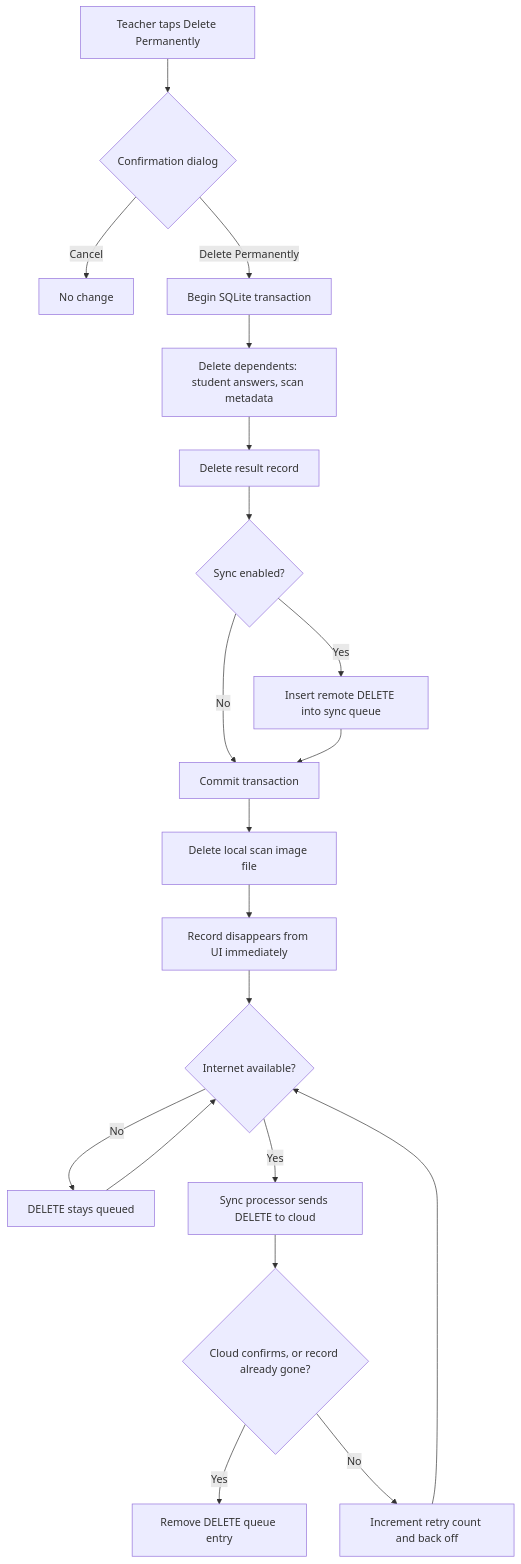
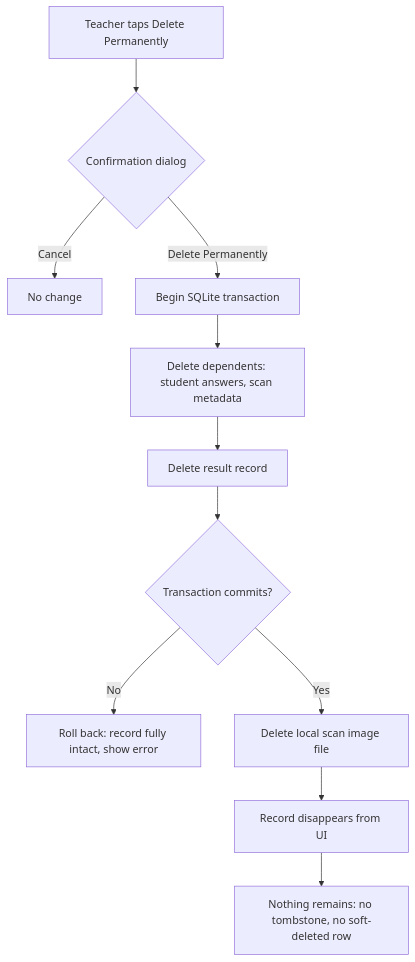
Before and after one commit to nicolaseugenio2022-cyber/answer-checker: the fifth of 7 diagrams in docs/diagrams.md, drawn with Mermaid. The commit also changed other lines of this file and 5 other files, not shown here.

First line of the commit message:
docs: make the architecture offline-only

````diff
--- a/docs/diagrams.md
+++ b/docs/diagrams.md
@@ -111,22 +111,13 @@
 ```mermaid
 flowchart TD
     A["Teacher taps Delete Permanently"] --> B{"Confirmation dialog"}
     B -- Cancel --> Z["No change"]
     B -- "Delete Permanently" --> C["Begin SQLite transaction"]
     C --> D["Delete dependents: student answers, scan metadata"]
     D --> E["Delete result record"]
-    E --> F{"Sync enabled?"}
-    F -- Yes --> G["Insert remote DELETE into sync queue"]
-    F -- No --> H["Commit transaction"]
-    G --> H
-    H --> I["Delete local scan image file"]
-    I --> J["Record disappears from UI immediately"]
-    J --> K{"Internet available?"}
-    K -- No --> L["DELETE stays queued"]
-    L --> K
-    K -- Yes --> M["Sync processor sends DELETE to cloud"]
-    M --> N{"Cloud confirms, or record already gone?"}
-    N -- Yes --> O["Remove DELETE queue entry"]
-    N -- No --> P["Increment retry count and back off"]
-    P --> K
+    E --> F{"Transaction commits?"}
+    F -- No --> R["Roll back: record fully intact, show error"]
+    F -- Yes --> G["Delete local scan image file"]
+    G --> H["Record disappears from UI"]
+    H --> I["Nothing remains: no tombstone, no soft-deleted row"]
 ```
````
